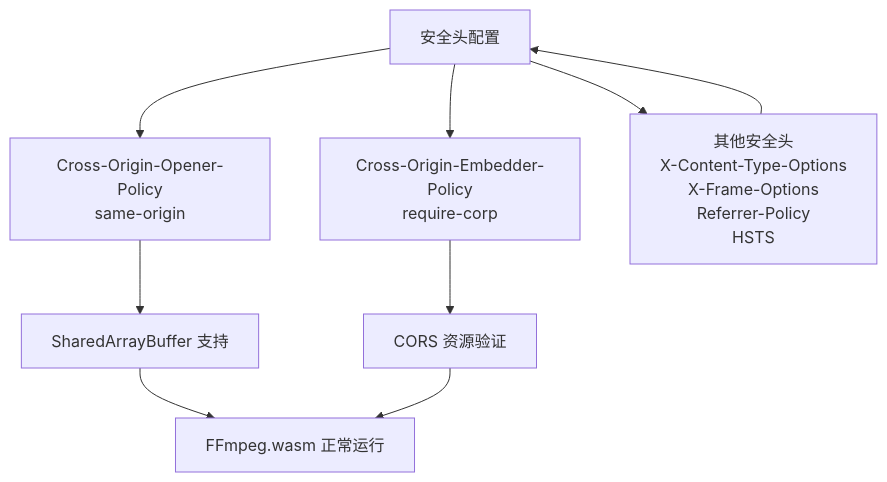
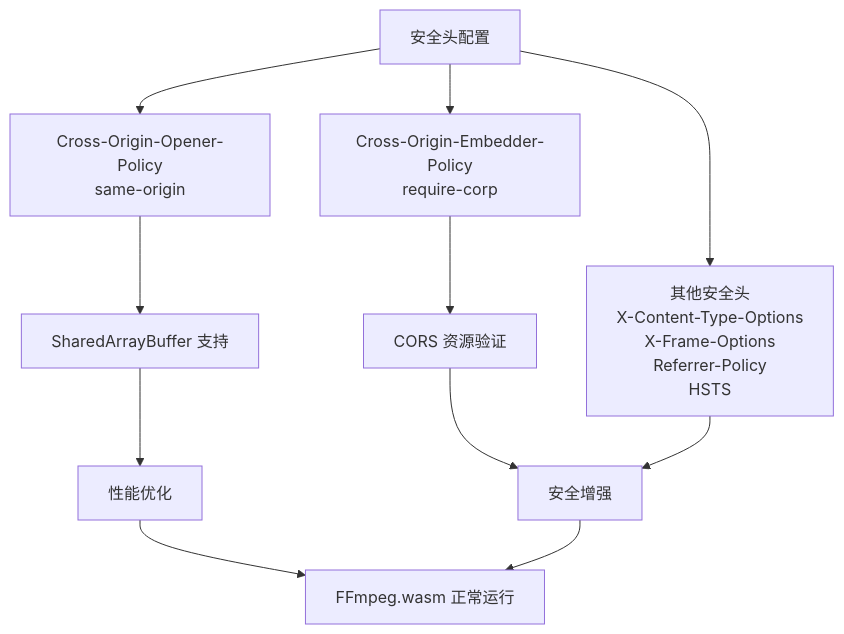
One commit to sgyy/privadeck changed the eighth of 9 diagrams in .qoder/repowiki/zh/content/部署与维护.md. Above: the diagram before and after it, drawn with Mermaid. The commit also changed other lines of this file and 3 other files, not shown here.

````diff
--- a/.qoder/repowiki/zh/content/部署与维护.md
+++ b/.qoder/repowiki/zh/content/部署与维护.md
@@ -287,11 +356,13 @@
 ```mermaid
 flowchart TD
-Security["安全头配置"] --> COOP["Cross-Origin-Opener-Policy<br/>same-origin"]
-Security --> COEP["Cross-Origin-Embedder-Policy<br/>require-corp"]
-Security --> Other["其他安全头<br/>X-Content-Type-Options<br/>X-Frame-Options<br/>Referrer-Policy<br/>HSTS"]
+Headers["安全头配置"] --> COOP["Cross-Origin-Opener-Policy<br/>same-origin"]
+Headers --> COEP["Cross-Origin-Embedder-Policy<br/>require-corp"]
+Headers --> Other["其他安全头<br/>X-Content-Type-Options<br/>X-Frame-Options<br/>Referrer-Policy<br/>HSTS"]
 COOP --> SAB["SharedArrayBuffer 支持"]
 COEP --> CORS["CORS 资源验证"]
-SAB --> FFmpeg["FFmpeg.wasm 正常运行"]
-CORS --> FFmpeg
+SAB --> Performance["性能优化"]
+CORS --> Security["安全增强"]
 Other --> Security
+Performance --> FFmpeg["FFmpeg.wasm 正常运行"]
+Security --> FFmpeg
 ```
````
